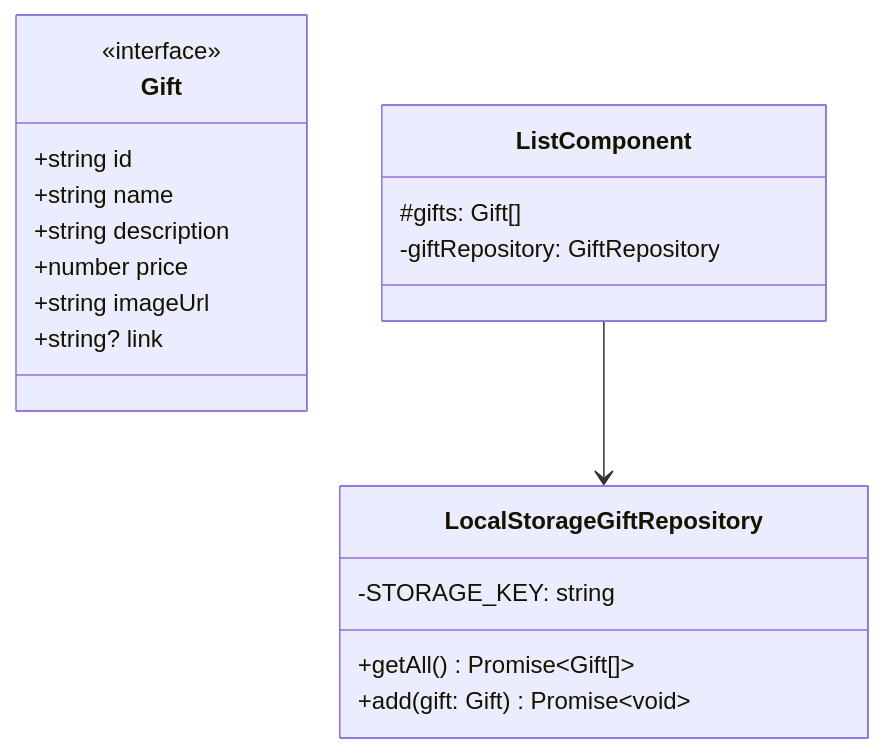
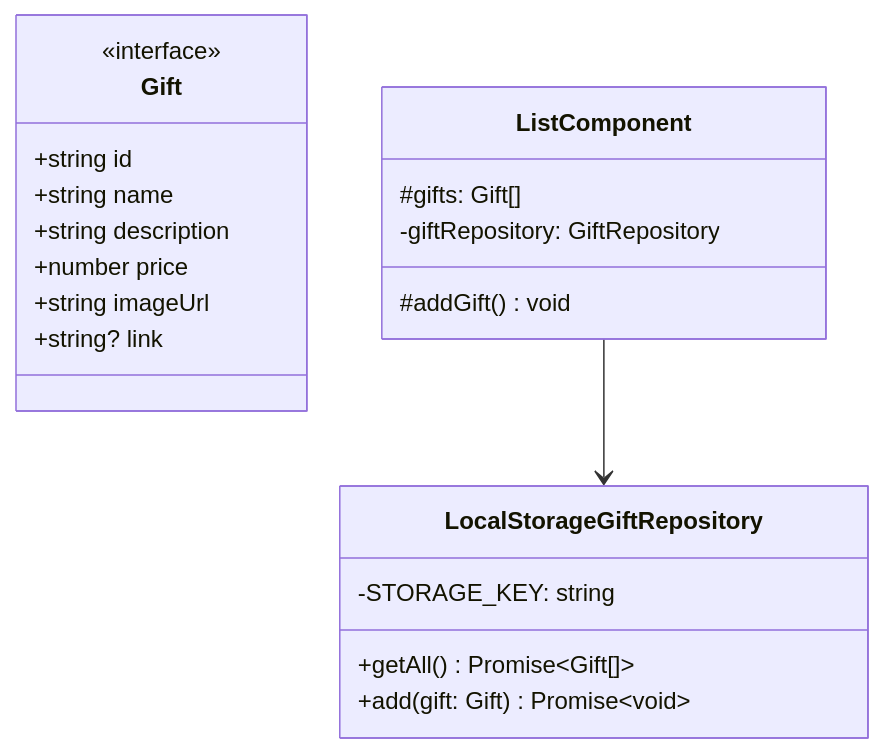
The diagram in class-diagram.md (thedukegit/mygifts-frontend), drawn with Mermaid before and after one commit.

Commit message:
added simplified class-diagram

````diff
--- a/class-diagram.md
+++ b/class-diagram.md
@@ -1,24 +1,25 @@
 ```mermaid
 classDiagram
   class Gift {
     <<interface>>
     +string id
     +string name
     +string description
     +number price
     +string imageUrl
     +string? link
   }
 
 class LocalStorageGiftRepository {
   -STORAGE_KEY: string
   +getAll() Promise~Gift[]~
   +add(gift: Gift) Promise~void~
 }
 
 class ListComponent {
   #gifts: Gift[]
   -giftRepository: GiftRepository
+  #addGift() void
 }
 ListComponent --> LocalStorageGiftRepository
 ```
````
